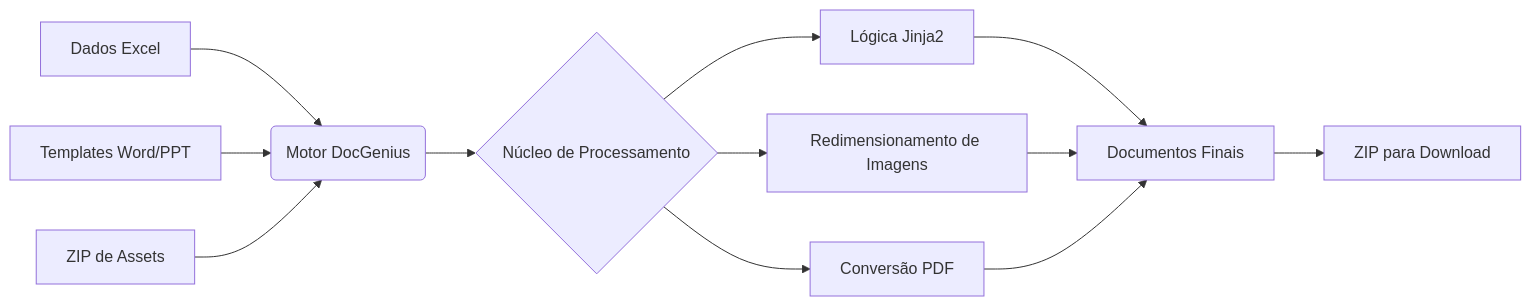
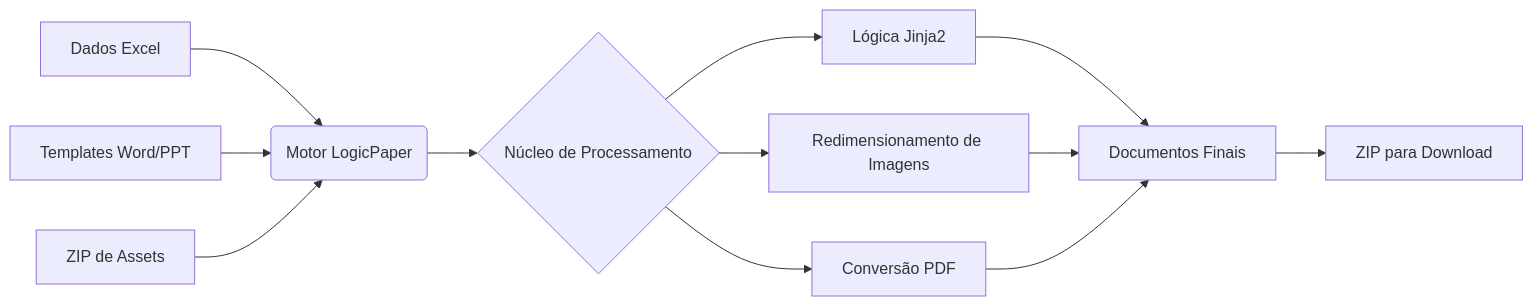
Before and after one commit to rubensbraz/LogicPaper: the diagram in README_pt.md, drawn with Mermaid. The commit also changed other lines of this file and 10 other files, not shown here.

Commit message:
Change project name to LogicPaper

````diff
--- a/README_pt.md
+++ b/README_pt.md
@@ -47,14 +47,14 @@
 ```mermaid
 graph LR
-    A[Dados Excel] --> B(Motor DocGenius)
+    A[Dados Excel] --> B(Motor LogicPaper)
     C[Templates Word/PPT] --> B
     D[ZIP de Assets] --> B
     B --> E{Núcleo de Processamento}
     E --> F[Lógica Jinja2]
     E --> G[Redimensionamento de Imagens]
     E --> H[Conversão PDF]
     F --> I[Documentos Finais]
     G --> I
     H --> I
     I --> J[ZIP para Download]
 ```
````
